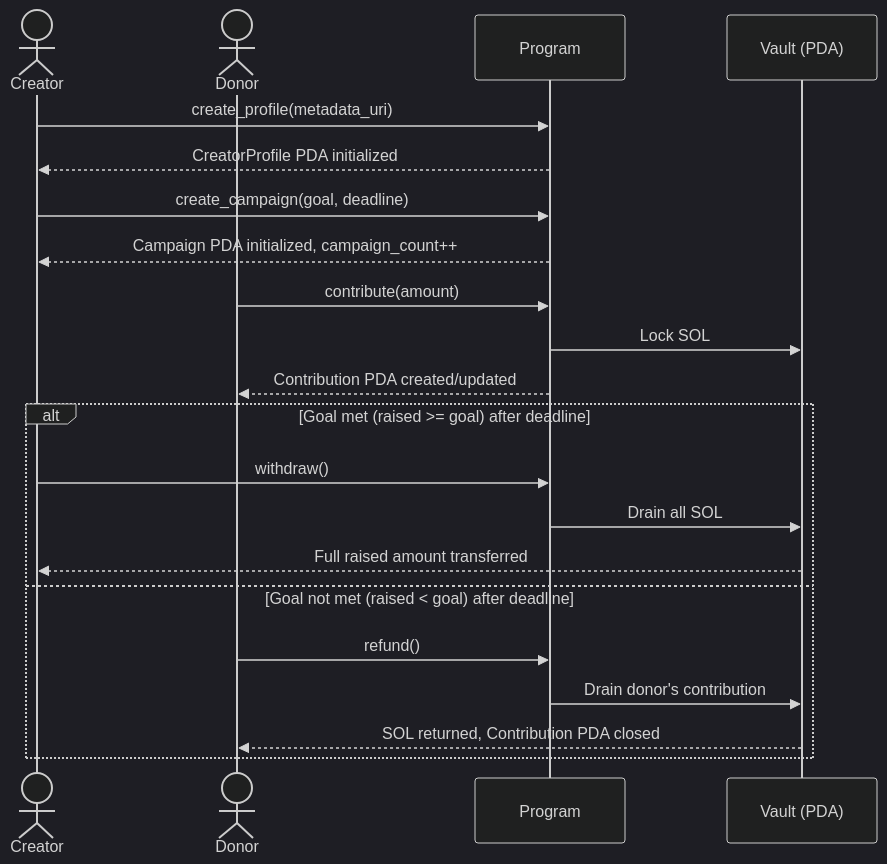
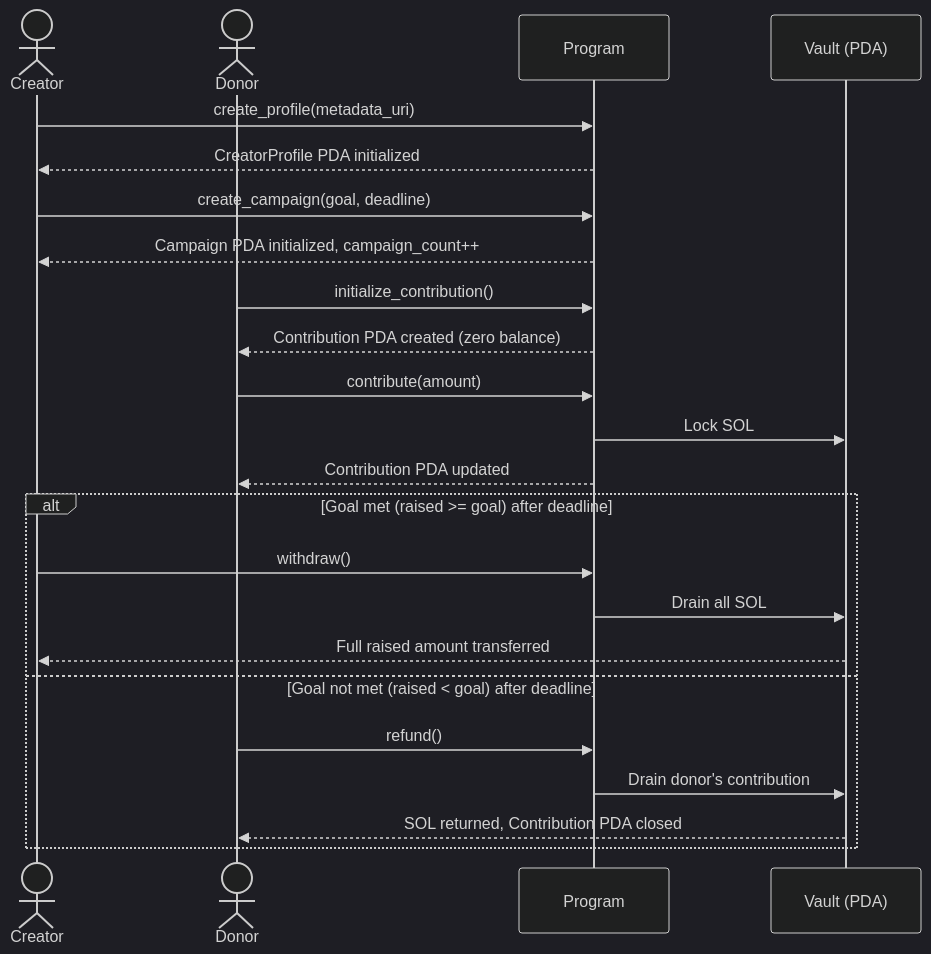
Before and after one commit to indralukmana/solana-anchor-crowdfunding: the first of 3 diagrams in README.md, drawn with Mermaid (dark theme). The commit also changed other lines of this file, not shown here.

First line of the commit message:
docs: update README with web app, SDK, events, and initialize_contribution

````diff
--- a/README.md
+++ b/README.md
@@ -9,27 +9,30 @@
 ```mermaid
 sequenceDiagram
     actor Creator
     actor Donor
     participant Program
     participant Vault (PDA)
 
     Creator->>Program: create_profile(metadata_uri)
     Program-->>Creator: CreatorProfile PDA initialized
 
     Creator->>Program: create_campaign(goal, deadline)
     Program-->>Creator: Campaign PDA initialized, campaign_count++
 
+    Donor->>Program: initialize_contribution()
+    Program-->>Donor: Contribution PDA created (zero balance)
+
     Donor->>Program: contribute(amount)
     Program->>Vault (PDA): Lock SOL
-    Program-->>Donor: Contribution PDA created/updated
+    Program-->>Donor: Contribution PDA updated
 
     alt Goal met (raised >= goal) after deadline
         Creator->>Program: withdraw()
         Program->>Vault (PDA): Drain all SOL
         Vault (PDA)-->>Creator: Full raised amount transferred
     else Goal not met (raised < goal) after deadline
         Donor->>Program: refund()
         Program->>Vault (PDA): Drain donor's contribution
         Vault (PDA)-->>Donor: SOL returned, Contribution PDA closed
     end
 ```
````
